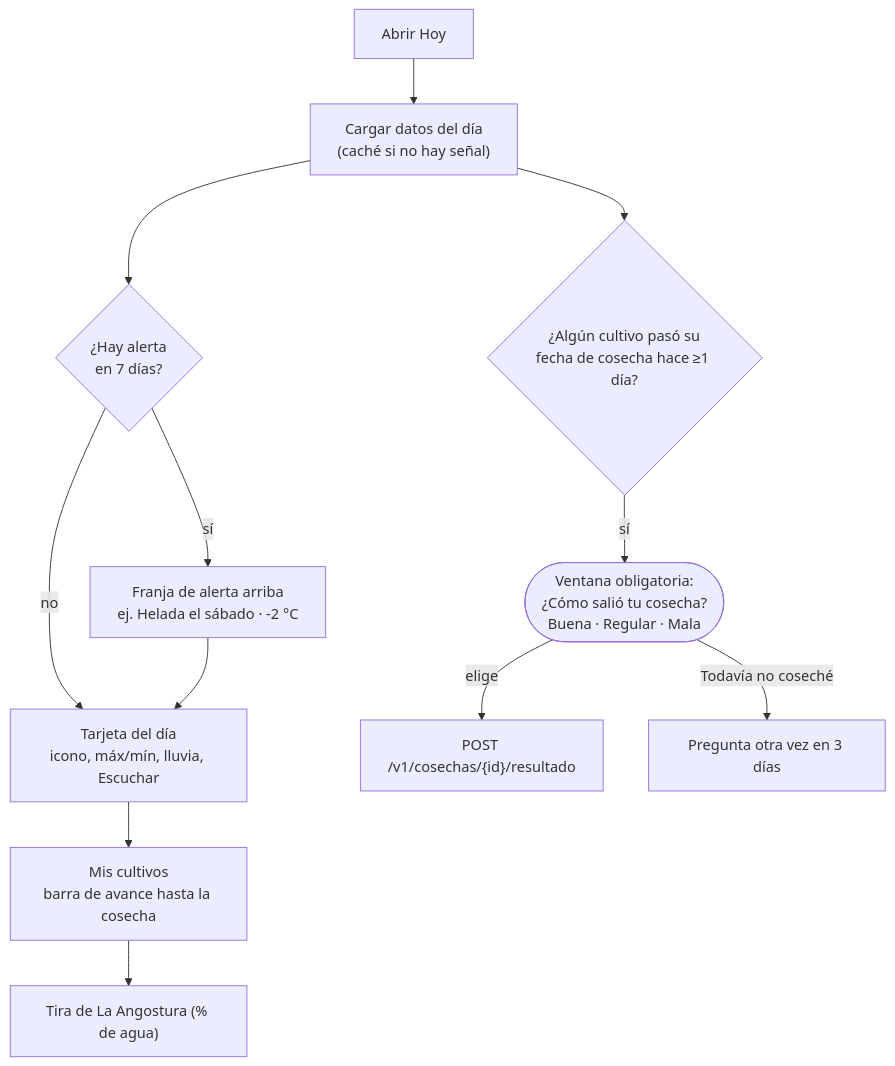
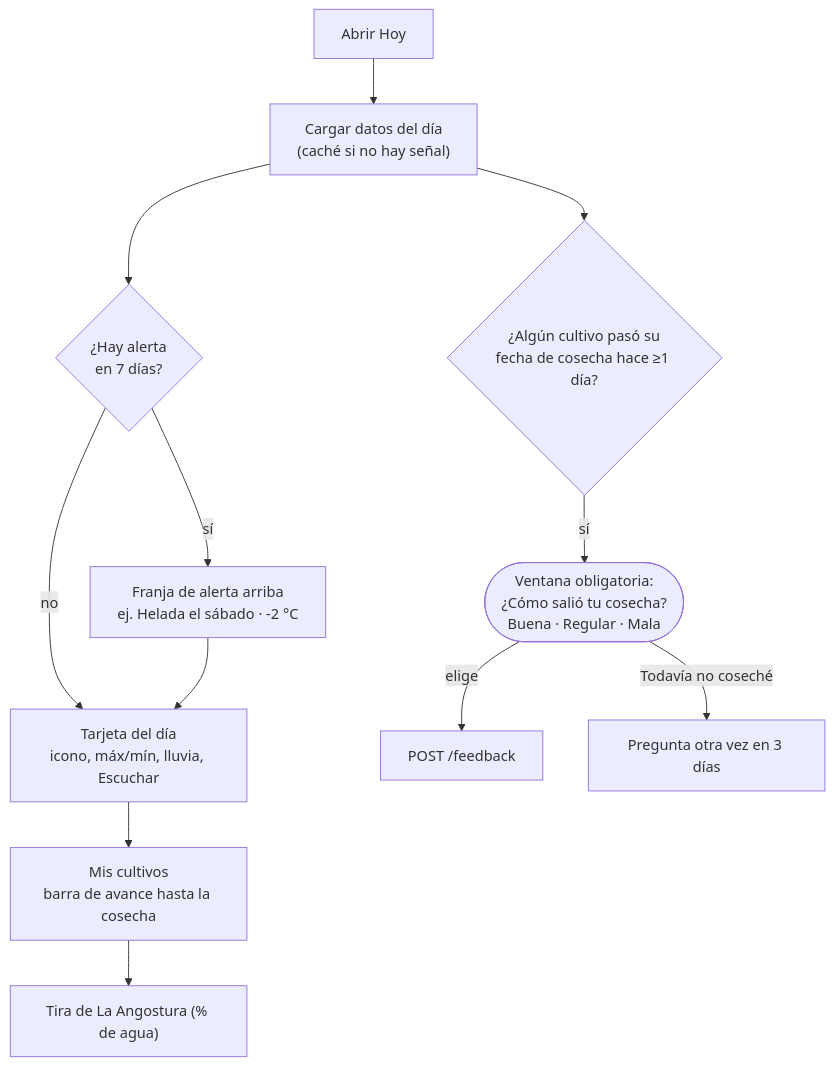
Before and after one commit to willypaz243/field-shift-challenge: the third of 9 diagrams in docs/FLUJO-APP.md, drawn with Mermaid. The commit also changed other lines of this file and 1 other file, not shown here.

First line of the commit message:
docs: align API contract and flows with backlog and crop catalog

````diff
--- a/docs/FLUJO-APP.md
+++ b/docs/FLUJO-APP.md
@@ -95,14 +95,14 @@
 ```mermaid
 flowchart TD
     H["Abrir Hoy"] --> D["Cargar datos del día<br/>(caché si no hay señal)"]
     D --> AL{"¿Hay alerta<br/>en 7 días?"}
     AL -->|sí| BAN["Franja de alerta arriba<br/>ej. Helada el sábado · -2 °C"]
     AL -->|no| DIA
     BAN --> DIA["Tarjeta del día<br/>icono, máx/mín, lluvia, Escuchar"]
     DIA --> CUL["Mis cultivos<br/>barra de avance hasta la cosecha"]
     CUL --> REP["Tira de La Angostura (% de agua)"]
     D --> CQ{"¿Algún cultivo pasó su<br/>fecha de cosecha hace ≥1 día?"}
     CQ -->|sí| Q(["Ventana obligatoria:<br/>¿Cómo salió tu cosecha?<br/>Buena · Regular · Mala"])
-    Q -->|elige| POST["POST /v1/cosechas/{id}/resultado"]
+    Q -->|elige| POST["POST /feedback"]
     Q -->|Todavía no coseché| LATER["Pregunta otra vez en 3 días"]
 ```
````
